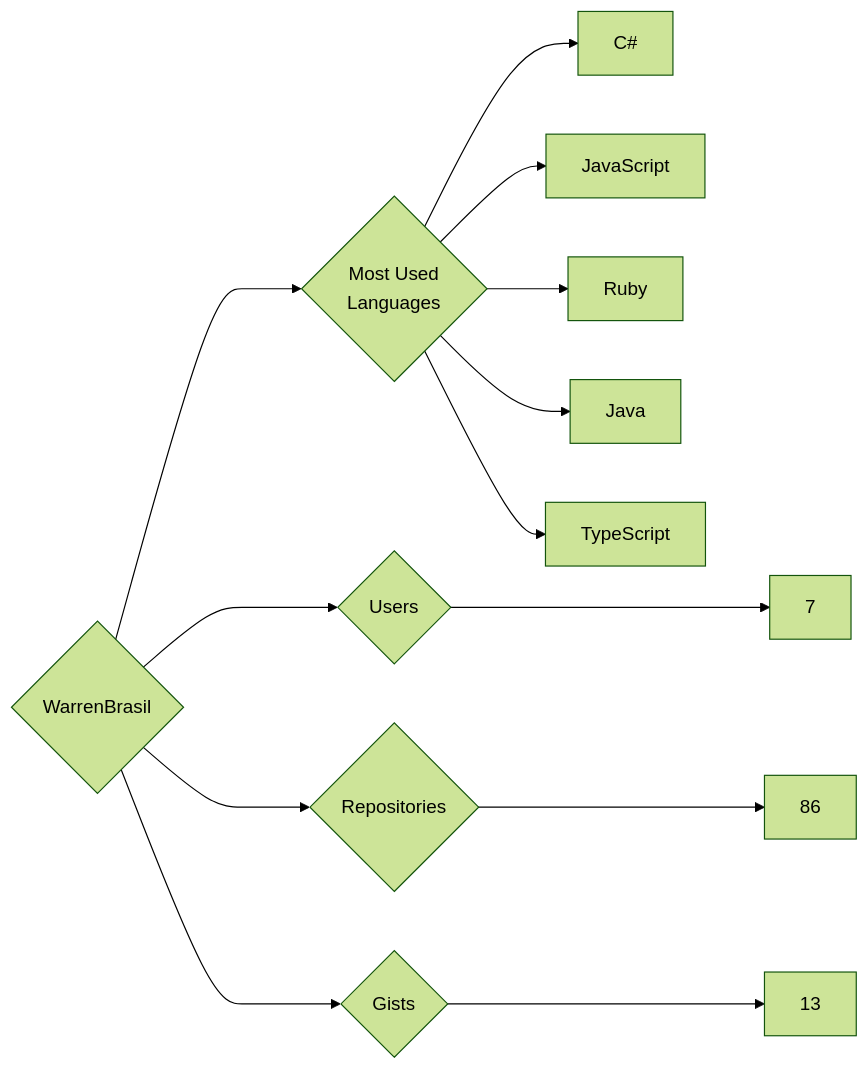
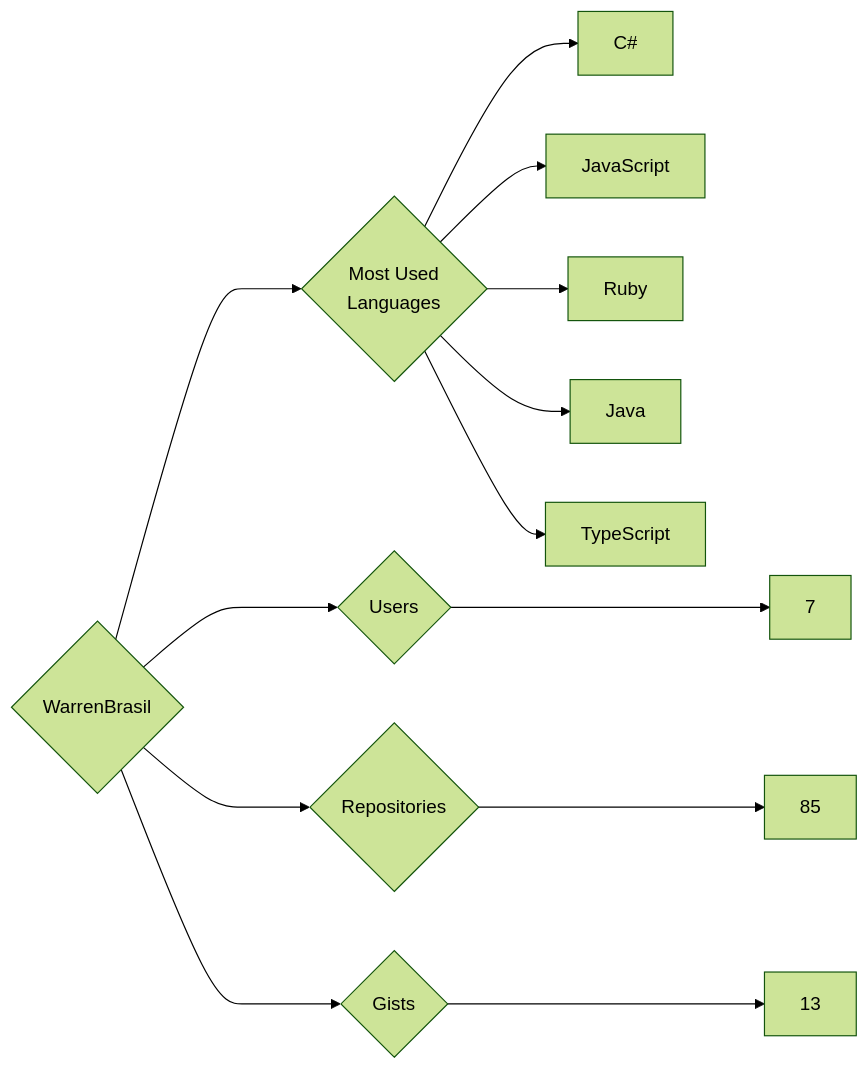
Before and after one commit to trickest/insiders: the diagram in targets/WarrenBrasil/README.md, drawn with Mermaid (forest theme). The commit also changed 903 other files, not shown here.

````diff
--- a/targets/WarrenBrasil/README.md
+++ b/targets/WarrenBrasil/README.md
@@ -3,13 +3,13 @@
 ```mermaid
 graph LR
 COMPANY_NAME{WarrenBrasil}
 COMPANY_NAME ---> U{Users} ---> UN[7]
-COMPANY_NAME ---> R{Repositories} ---> RN[86]
+COMPANY_NAME ---> R{Repositories} ---> RN[85]
 COMPANY_NAME ---> G{Gists} ---> GN[13]
 COMPANY_NAME ---> ML{Most Used<br>Languages}
 ML --> C#[C#]
 ML --> JavaScript[JavaScript]
 ML --> Ruby[Ruby]
 ML --> Java[Java]
 ML --> TypeScript[TypeScript]
 ```
````
